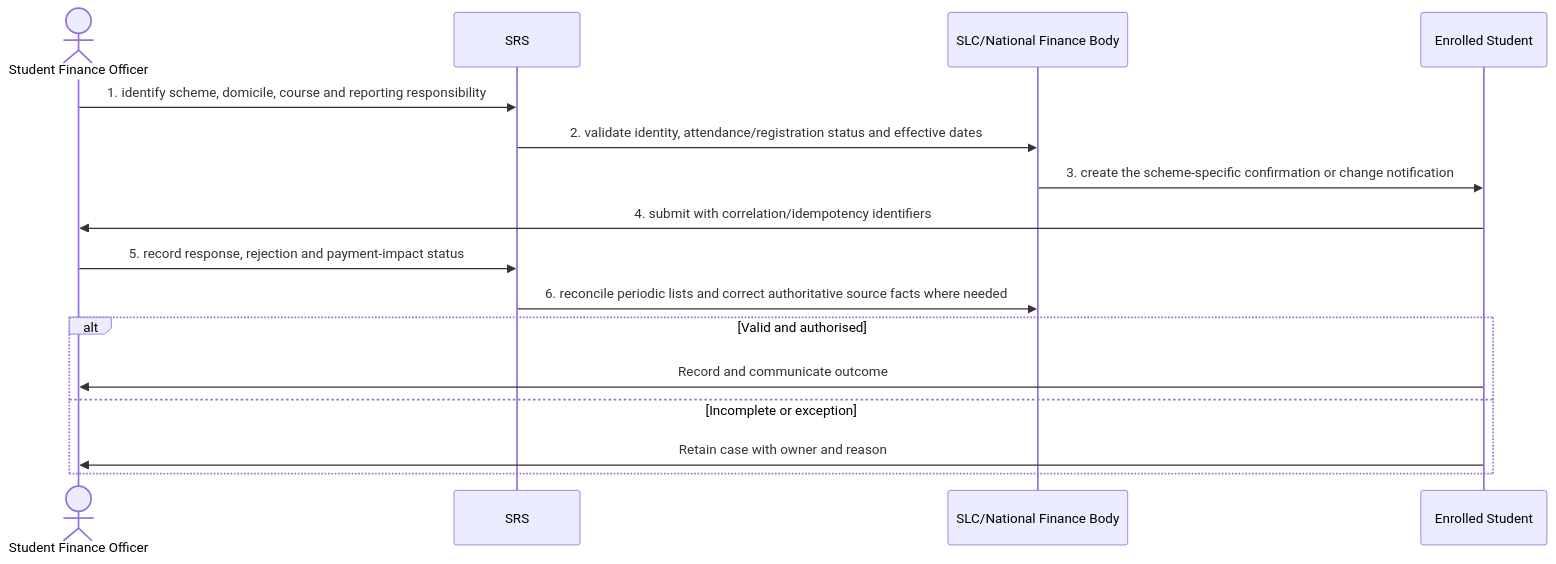
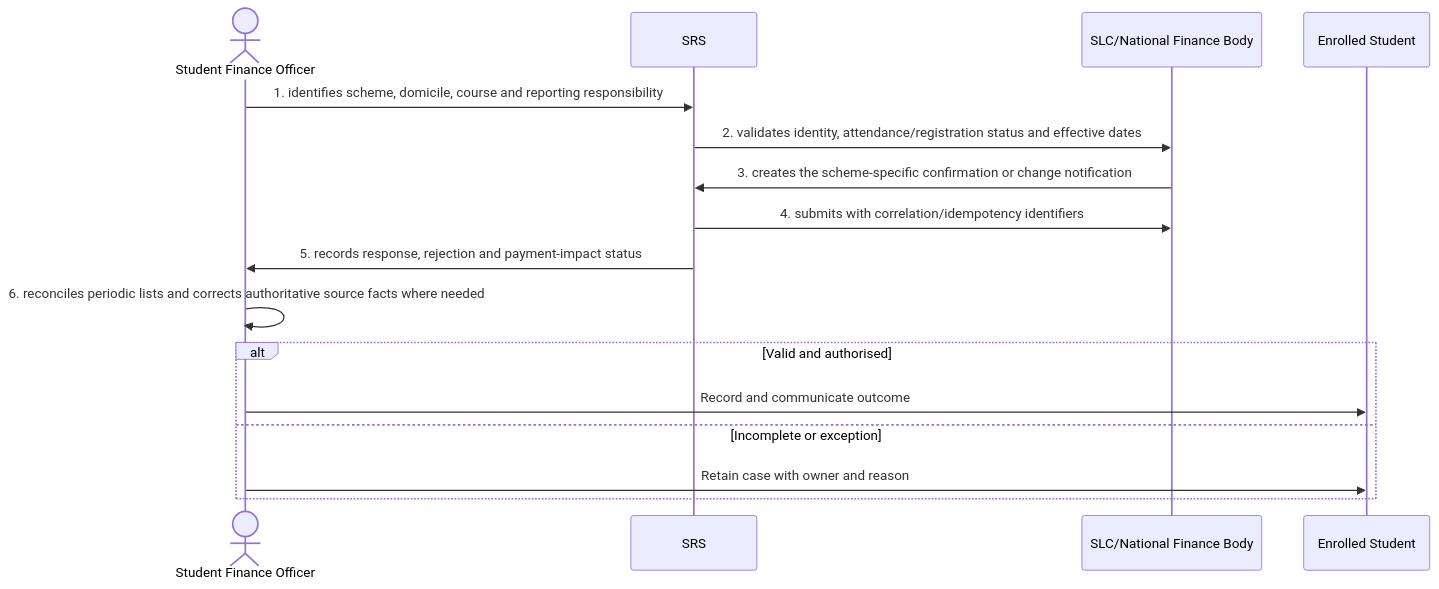
Before and after one commit to RevelationCore/Revelation-SRS: the diagram in docs/business-processes/07-regulatory-and-statutory-reporting/bp-07-002-exchange-registration-attendance-and-changes-with-student-finance-bodies.md, drawn with Mermaid. The commit also changed other lines of this file and 96 other files, not shown here.

````diff
--- a/docs/business-processes/07-regulatory-and-statutory-reporting/bp-07-002-exchange-registration-attendance-and-changes-with-student-finance-bodies.md
+++ b/docs/business-processes/07-regulatory-and-statutory-reporting/bp-07-002-exchange-registration-attendance-and-changes-with-student-finance-bodies.md
@@ -158,18 +158,18 @@
 ```mermaid
 sequenceDiagram
     actor A1 as Student Finance Officer
     participant A2 as SRS
     participant A3 as SLC/National Finance Body
     participant A4 as Enrolled Student
-    A1->>A2: 1. identify scheme, domicile, course and reporting responsibility
-    A2->>A3: 2. validate identity, attendance/registration status and effective dates
-    A3->>A4: 3. create the scheme-specific confirmation or change notification
-    A4->>A1: 4. submit with correlation/idempotency identifiers
-    A1->>A2: 5. record response, rejection and payment-impact status
-    A2->>A3: 6. reconcile periodic lists and correct authoritative source facts where needed
+    A1->>A2: 1. identifies scheme, domicile, course and reporting responsibility
+    A2->>A3: 2. validates identity, attendance/registration status and effective dates
+    A3->>A2: 3. creates the scheme-specific confirmation or change notification
+    A2->>A3: 4. submits with correlation/idempotency identifiers
+    A2->>A1: 5. records response, rejection and payment-impact status
+    A1->>A1: 6. reconciles periodic lists and corrects authoritative source facts where needed
     alt Valid and authorised
-        A4->>A1: Record and communicate outcome
+        A1->>A4: Record and communicate outcome
     else Incomplete or exception
-        A4->>A1: Retain case with owner and reason
+        A1->>A4: Retain case with owner and reason
     end
 ```
````
